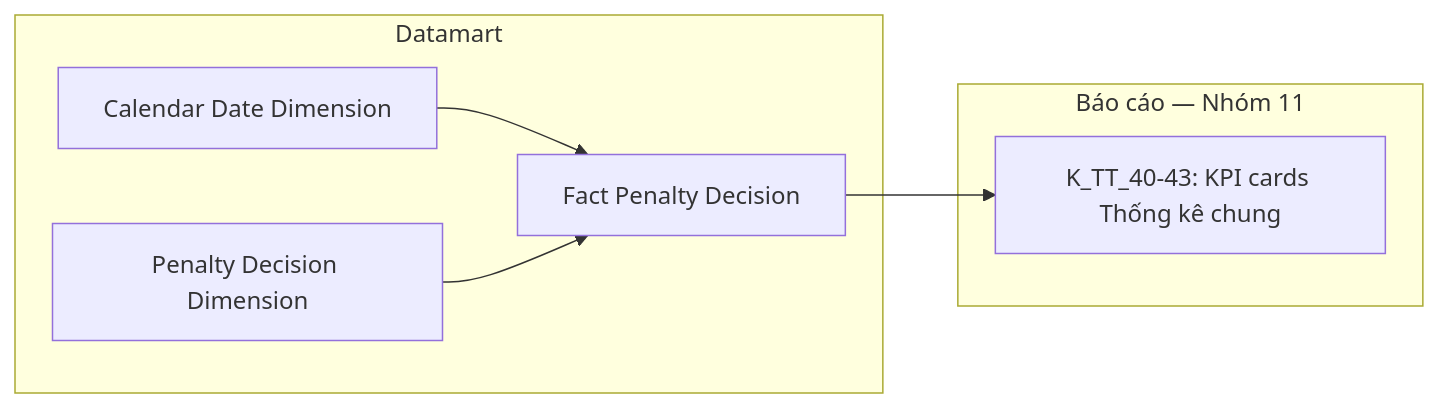
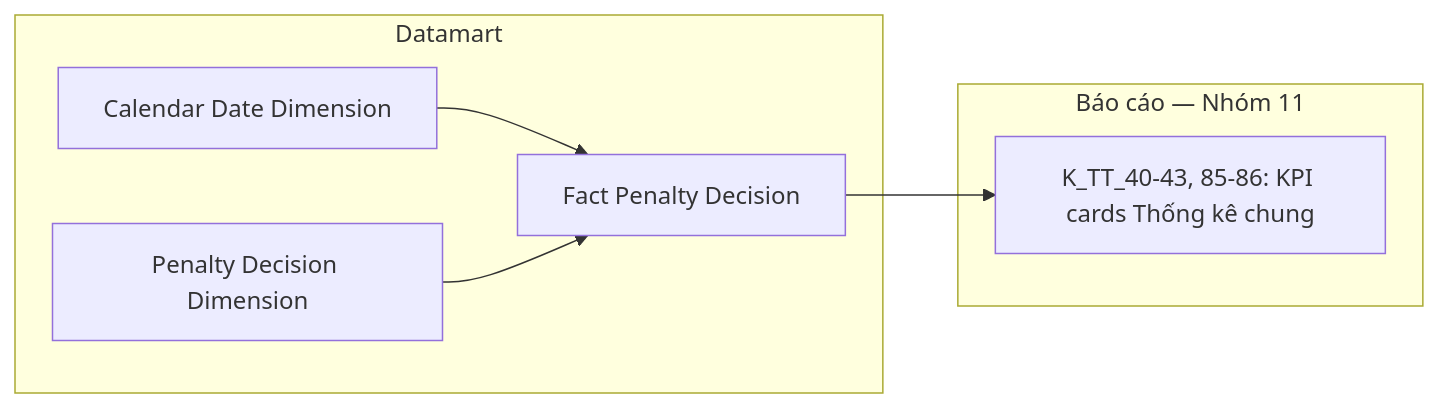
Before and after one commit to linhlvit/ubck_atomic_design: diagram 38 of 54 in Datamart/hld/DTM_TT_HLD.md, drawn with Mermaid. The commit also changed other lines of this file and 26 other files, not shown here.

````diff
--- a/Datamart/hld/DTM_TT_HLD.md
+++ b/Datamart/hld/DTM_TT_HLD.md
@@ -1475,14 +1479,14 @@
 ```mermaid
 flowchart LR
     subgraph Datamart["Datamart"]
         G1["Fact Penalty Decision"]
         G2["Calendar Date Dimension"]
         G3["Penalty Decision Dimension"]
     end
     subgraph RPT["Báo cáo — Nhóm 11"]
-        R1["K_TT_40-43: KPI cards Thống kê chung"]
+        R1["K_TT_40-43, 85-86: KPI cards Thống kê chung"]
     end
     G2 --> G1
     G3 --> G1
     G1 --> R1
 ```
````
